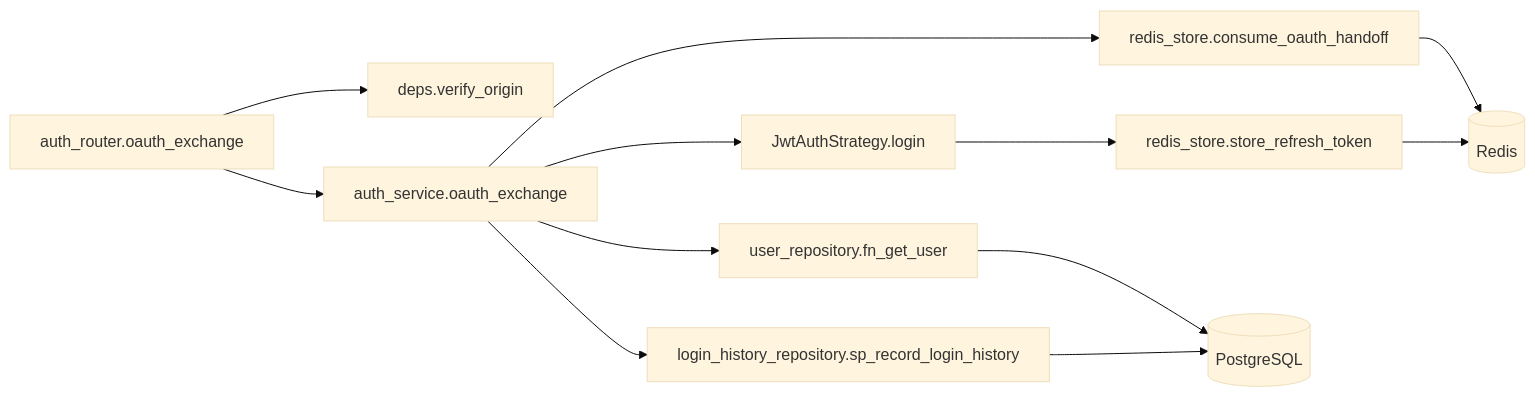
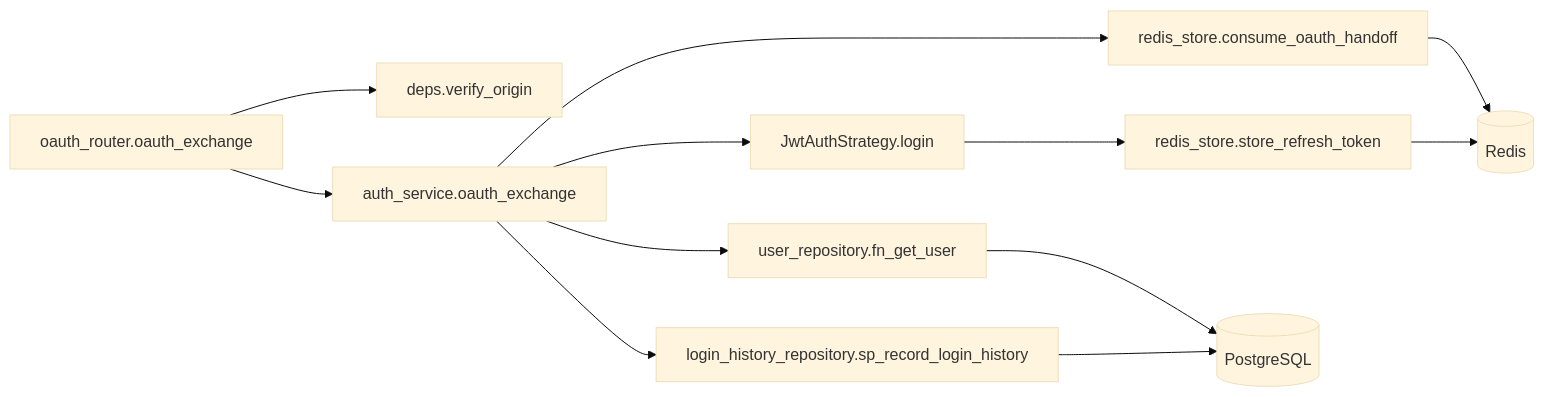
Before and after one commit to oikawa-d/task_management: the third of 4 diagrams in docs/detailed_design/api/auth/13_post_auth_oauth_exchange.md, drawn with Mermaid (base theme). The commit also changed other lines of this file and 5 other files, not shown here.

````diff
--- a/docs/detailed_design/api/auth/13_post_auth_oauth_exchange.md
+++ b/docs/detailed_design/api/auth/13_post_auth_oauth_exchange.md
@@ -249,14 +249,14 @@
 ```mermaid
 flowchart LR
-    R["auth_router.oauth_exchange"] --> D["deps.verify_origin"]
+    R["oauth_router.oauth_exchange"] --> D["deps.verify_origin"]
     R --> S["auth_service.oauth_exchange"]
     S --> RS1["redis_store.consume_oauth_handoff"]
     S --> URP["user_repository.fn_get_user"]
     S --> JWTS["JwtAuthStrategy.login"]
     S --> LRP["login_history_repository.sp_record_login_history"]
     JWTS --> RS2["redis_store.store_refresh_token"]
     RS1 --> RD[("Redis")]
     RS2 --> RD
     URP --> PG[("PostgreSQL")]
     LRP --> PG
 ```
````
